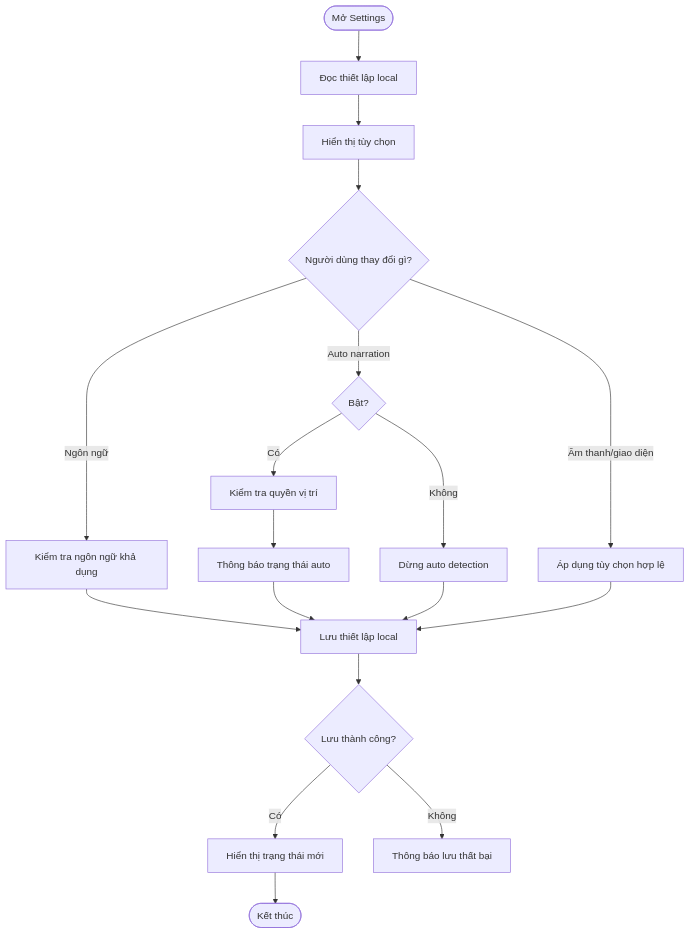
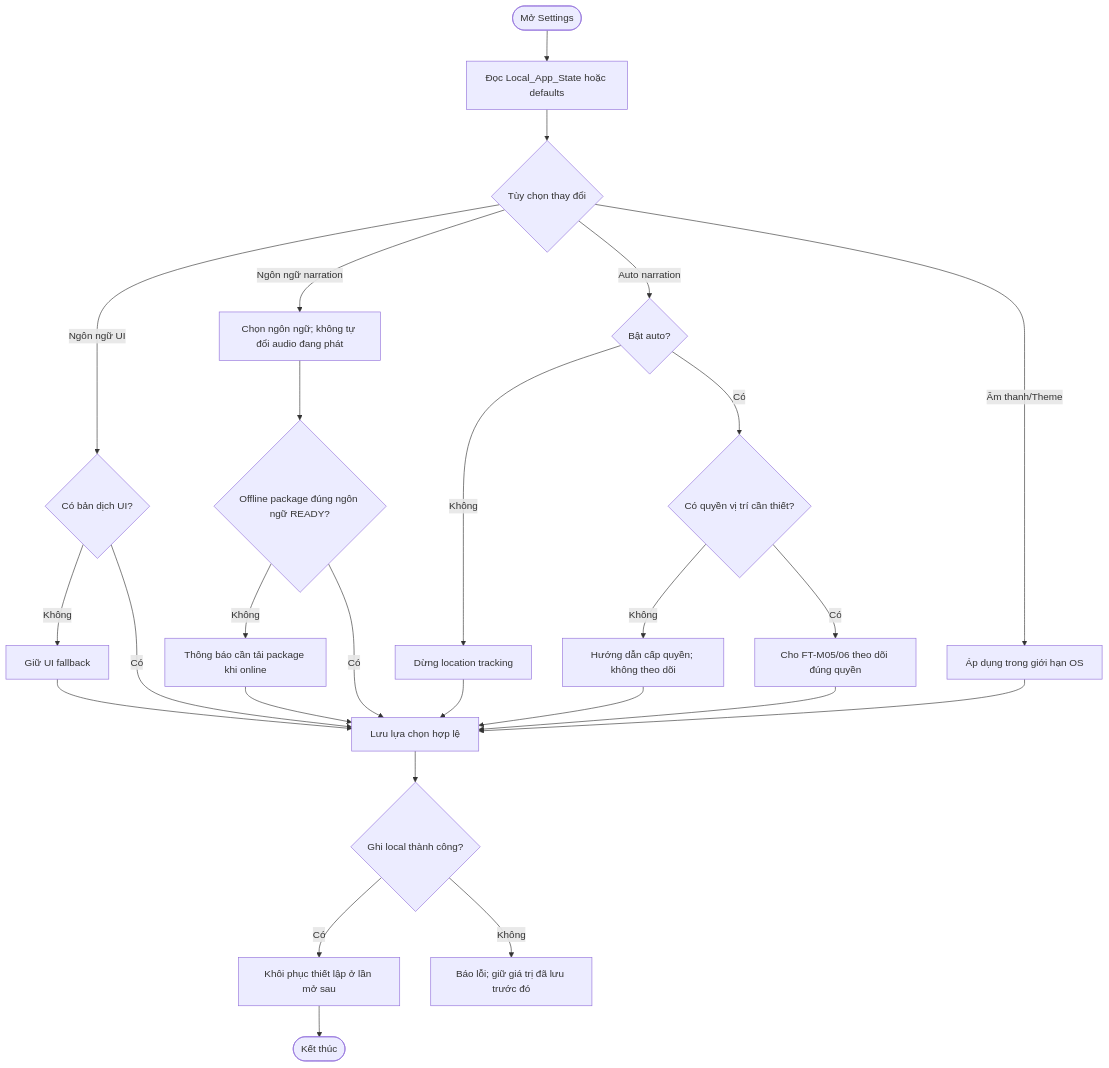
Before and after one commit to Ko4rut/multilingual-narration-backend: the diagram in docs/use-case/ft-m08-user-settings.md, drawn with Mermaid. The commit also changed other lines of this file, not shown here.

Commit message:
docs(use-case): complete alternative/exception paths for ft-m08-user-settings

````diff
--- a/docs/use-case/ft-m08-user-settings.md
+++ b/docs/use-case/ft-m08-user-settings.md
@@ -34,18 +37,21 @@
 ```mermaid
 flowchart TD
-    A([Mở Settings]) --> B[Đọc thiết lập local]
-    B --> C[Hiển thị tùy chọn]
-    C --> D{Người dùng thay đổi gì?}
-    D -- Ngôn ngữ --> E[Kiểm tra ngôn ngữ khả dụng]
-    D -- Auto narration --> F{Bật?}
-    F -- Có --> G[Kiểm tra quyền vị trí] --> H[Thông báo trạng thái auto]
-    F -- Không --> I[Dừng auto detection]
-    D -- Âm thanh/giao diện --> J[Áp dụng tùy chọn hợp lệ]
-    E --> K[Lưu thiết lập local]
-    H --> K
-    I --> K
-    J --> K
-    K --> L{Lưu thành công?}
-    L -- Có --> M[Hiển thị trạng thái mới] --> N([Kết thúc])
-    L -- Không --> O[Thông báo lưu thất bại]
+ A([Mở Settings]) --> B[Đọc Local_App_State hoặc defaults]
+ B --> C{Tùy chọn thay đổi}
+ C -- Ngôn ngữ UI --> D{Có bản dịch UI?}
+ D -- Không --> E[Giữ UI fallback] --> J[Lưu lựa chọn hợp lệ]
+ D -- Có --> J
+ C -- Ngôn ngữ narration --> F[Chọn ngôn ngữ; không tự đổi audio đang phát]
+ F --> G{Offline package đúng ngôn ngữ READY?}
+ G -- Không --> H[Thông báo cần tải package khi online] --> J
+ G -- Có --> J
+ C -- Auto narration --> I{Bật auto?}
+ I -- Không --> K[Dừng location tracking] --> J
+ I -- Có --> L{Có quyền vị trí cần thiết?}
+ L -- Không --> M[Hướng dẫn cấp quyền; không theo dõi] --> J
+ L -- Có --> N[Cho FT-M05/06 theo dõi đúng quyền] --> J
+ C -- Âm thanh/Theme --> O[Áp dụng trong giới hạn OS] --> J
+ J --> P{Ghi local thành công?}
+ P -- Có --> Q[Khôi phục thiết lập ở lần mở sau] --> R([Kết thúc])
+ P -- Không --> S[Báo lỗi; giữ giá trị đã lưu trước đó]
 ```
````
